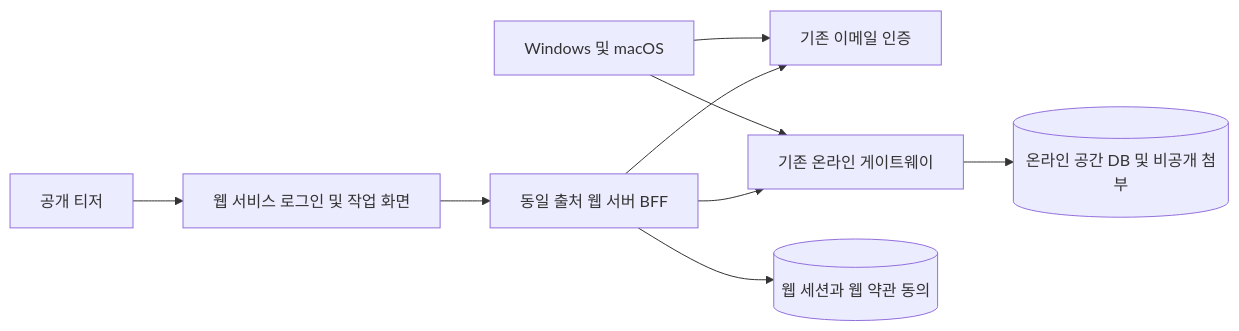
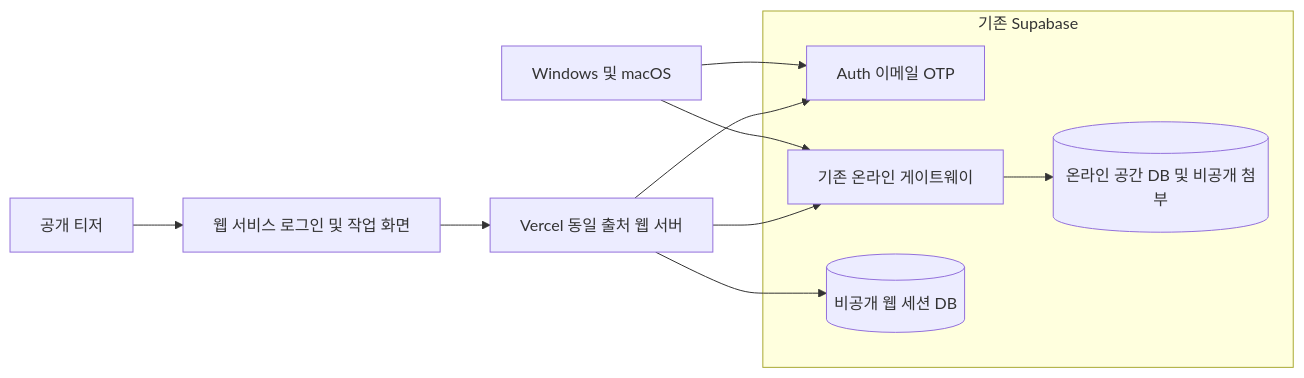
Before and after one commit to chs2147/work-journey-board: the diagram in docs/web-service-v1-spec.md, drawn with Mermaid. The commit also changed other lines of this file and 6 other files, not shown here.

Commit message:
docs: 온라인 전용 웹 서비스와 Supabase 세션 재설계

````diff
--- a/docs/web-service-v1-spec.md
+++ b/docs/web-service-v1-spec.md
@@ -106,11 +121,18 @@
 ```mermaid
 flowchart LR
   T[공개 티저] --> W[웹 서비스 로그인 및 작업 화면]
-  W --> B[동일 출처 웹 서버 BFF]
-  B --> A[기존 이메일 인증]
-  B --> G[기존 온라인 게이트웨이]
-  D[Windows 및 macOS] --> G
+  W --> B[Vercel 동일 출처 웹 서버]
+  D[Windows 및 macOS]
+  subgraph S[기존 Supabase]
+    A[Auth 이메일 OTP]
+    G[기존 온라인 게이트웨이]
+    O[(온라인 공간 DB 및 비공개 첨부)]
+    C[(비공개 웹 세션 DB)]
+    G --> O
+  end
+  B --> A
+  B --> G
+  B --> C
   D --> A
-  G --> S[(온라인 공간 DB 및 비공개 첨부)]
-  B --> C[(웹 세션과 웹 약관 동의)]
+  D --> G
 ```
````
